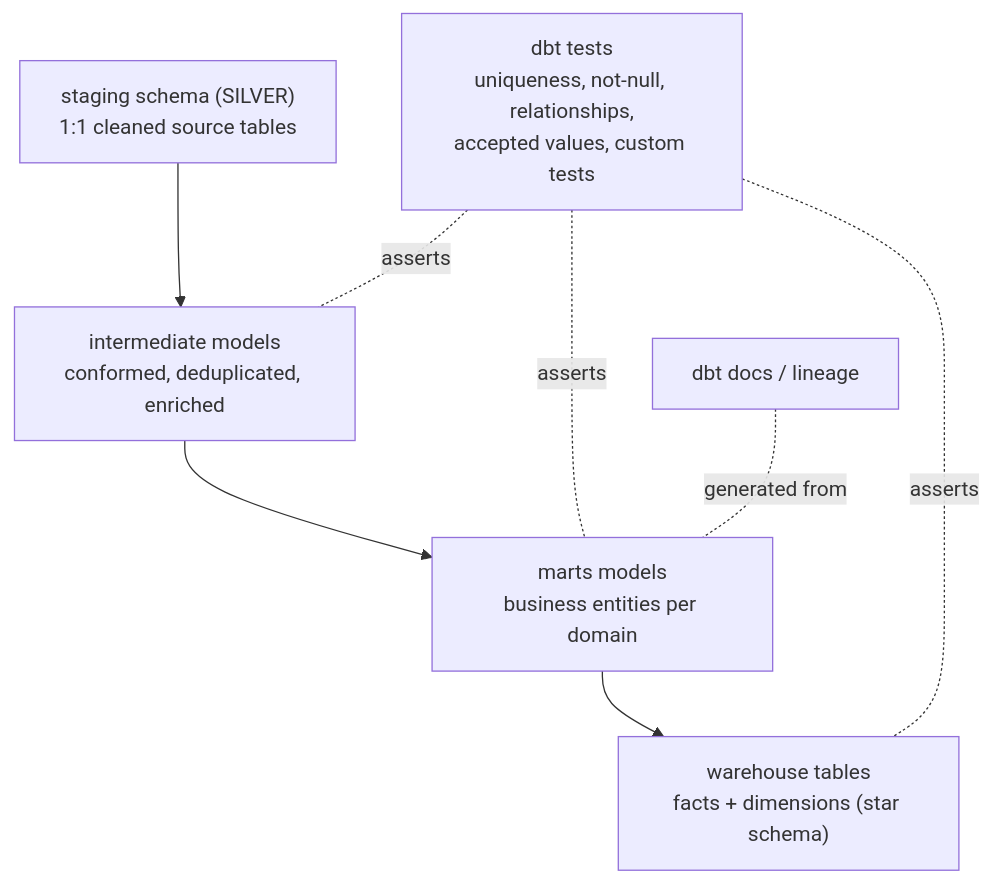
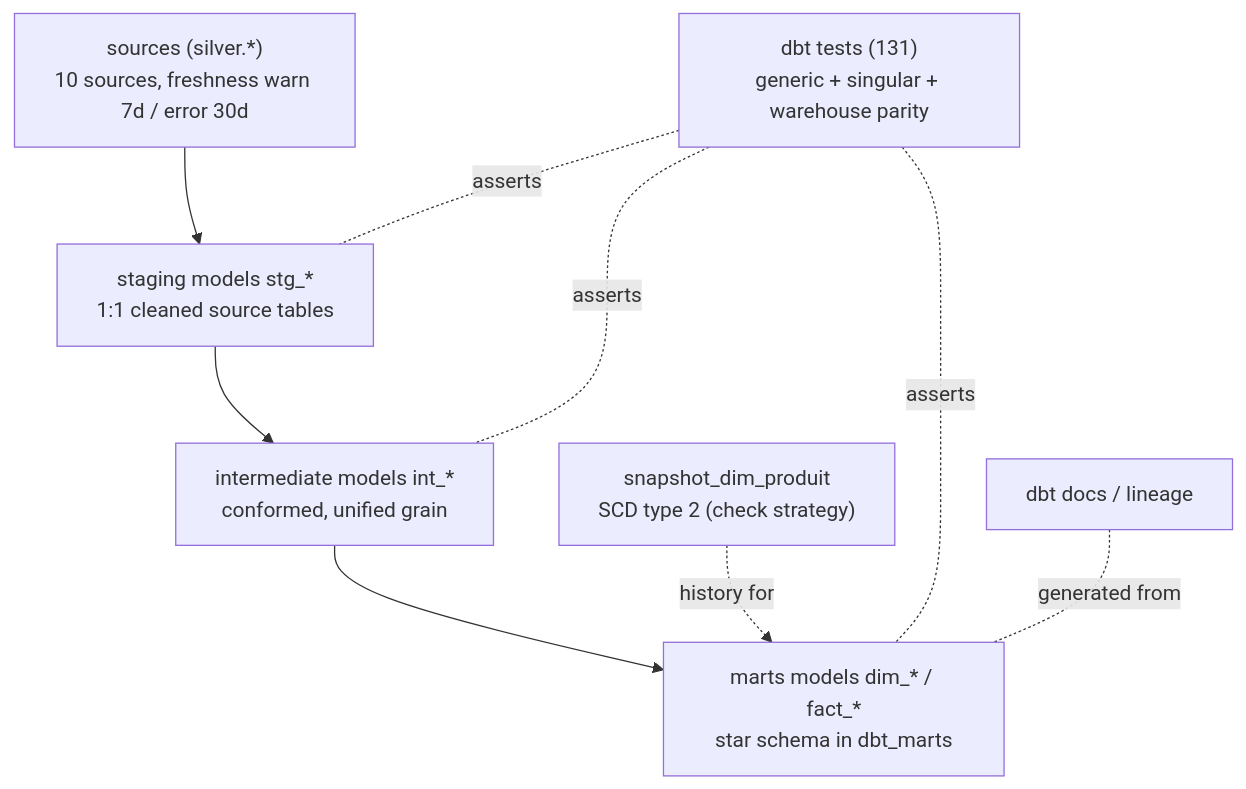
Before and after one commit to youssefelbajoury/morocco-retail-intelligence-data-platform: the first of 2 diagrams in docs/architecture/transformation.md, drawn with Mermaid. The commit also changed other lines of this file and 286 other files, not shown here.

````diff
--- a/docs/architecture/transformation.md
+++ b/docs/architecture/transformation.md
@@ -12,15 +18,17 @@
 ```mermaid
 flowchart TB
-    STG["staging schema (SILVER)<br/>1:1 cleaned source tables"]
-    INT["intermediate models<br/>conformed, deduplicated, enriched"]
-    MRT["marts models<br/>business entities per domain"]
-    DWH["warehouse tables<br/>facts + dimensions (star schema)"]
-    T1["dbt tests<br/>uniqueness, not-null, relationships,<br/>accepted values, custom tests"]
+    SRC["sources (silver.*)<br/>10 sources, freshness warn 7d / error 30d"]
+    STG["staging models stg_*<br/>1:1 cleaned source tables"]
+    INT["intermediate models int_*<br/>conformed, unified grain"]
+    MRT["marts models dim_* / fact_*<br/>star schema in dbt_marts"]
+    SNAP["snapshot_dim_produit<br/>SCD type 2 (check strategy)"]
+    T1["dbt tests (131)<br/>generic + singular + warehouse parity"]
     DOC["dbt docs / lineage"]
 
-    STG --> INT --> MRT --> DWH
+    SRC --> STG --> INT --> MRT
+    SNAP -. history for .-> MRT
+    T1 -. asserts .- STG
     T1 -. asserts .- INT
     T1 -. asserts .- MRT
-    T1 -. asserts .- DWH
     DOC -. generated from .- MRT
 ```
````
